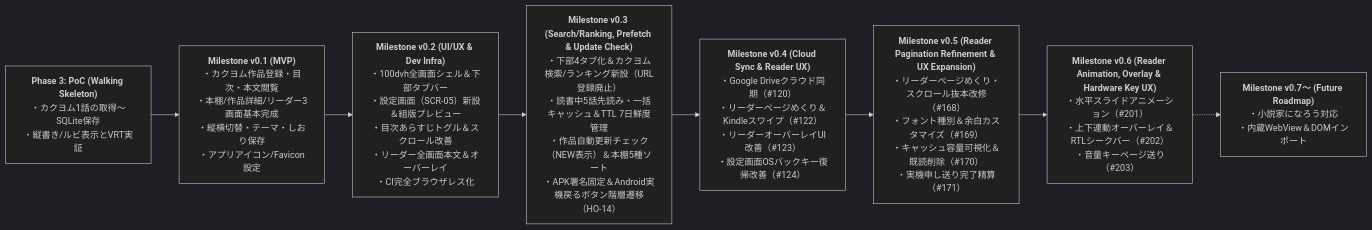
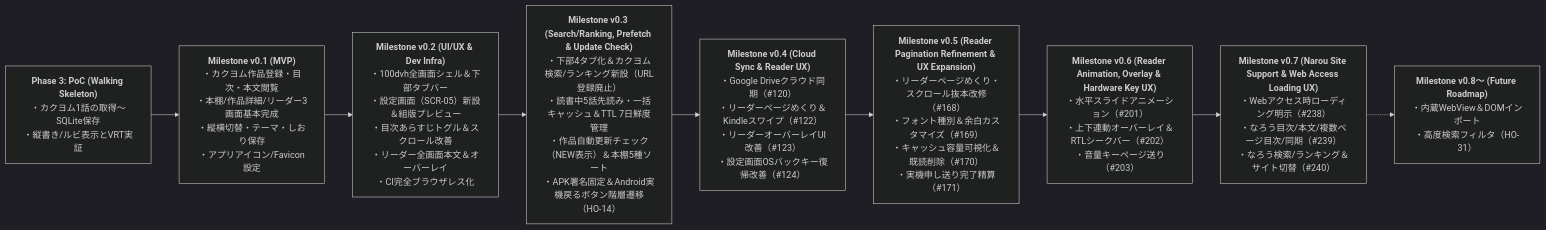
The diagram in docs/specs/requirements.md (high-soar/Yommy), drawn with Mermaid (dark theme) before and after one commit. The commit also changed other lines of this file and 8 other files, not shown here.

````diff
--- a/docs/specs/requirements.md
+++ b/docs/specs/requirements.md
@@ -182,13 +186,14 @@
 ```mermaid
 flowchart LR
     PoC["<b>Phase 3: PoC (Walking Skeleton)</b><br>・カクヨム1話の取得〜SQLite保存<br>・縦書き/ルビ表示とVRT実証"]
     M1["<b>Milestone v0.1 (MVP)</b><br>・カクヨム作品登録・目次・本文閲覧<br>・本棚/作品詳細/リーダー3画面基本完成<br>・縦横切替・テーマ・しおり保存<br>・アプリアイコン/Favicon設定"]
     M2["<b>Milestone v0.2 (UI/UX & Dev Infra)</b><br>・100dvh全画面シェル＆下部タブバー<br>・設定画面（SCR-05）新設＆組版プレビュー<br>・目次あらすじトグル＆スクロール改善<br>・リーダー全画面本文＆オーバーレイ<br>・CI完全ブラウザレス化"]
     M3["<b>Milestone v0.3 (Search/Ranking, Prefetch & Update Check)</b><br>・下部4タブ化＆カクヨム検索/ランキング新設（URL登録廃止）<br>・読書中5話先読み・一括キャッシュ＆TTL 7日鮮度管理<br>・作品自動更新チェック（NEW表示）＆本棚5種ソート<br>・APK署名固定＆Android実機戻るボタン階層遷移（HO-14）"]
     M4["<b>Milestone v0.4 (Cloud Sync & Reader UX)</b><br>・Google Driveクラウド同期（#120）<br>・リーダーページめくり＆Kindleスワイプ（#122）<br>・リーダーオーバーレイUI改善（#123）<br>・設定画面OSバックキー復帰改善（#124）"]
     M5["<b>Milestone v0.5 (Reader Pagination Refinement & UX Expansion)</b><br>・リーダーページめくり・スクロール抜本改修（#168）<br>・フォント種別＆余白カスタマイズ（#169）<br>・キャッシュ容量可視化＆既読削除（#170）<br>・実機申し送り完了精算（#171）"]
     M6["<b>Milestone v0.6 (Reader Animation, Overlay & Hardware Key UX)</b><br>・水平スライドアニメーション（#201）<br>・上下連動オーバーレイ＆RTLシークバー（#202）<br>・音量キーページ送り（#203）"]
-    M7["<b>Milestone v0.7〜 (Future Roadmap)</b><br>・小説家になろう対応<br>・内蔵WebView＆DOMインポート"]
+    M7["<b>Milestone v0.7 (Narou Site Support & Web Access Loading UX)</b><br>・Webアクセス時ローディング明示（#238）<br>・なろう目次/本文/複数ページ目次/同期（#239）<br>・なろう検索/ランキング＆サイト切替（#240）"]
+    M8["<b>Milestone v0.8〜 (Future Roadmap)</b><br>・内蔵WebView＆DOMインポート<br>・高度検索フィルタ（HO-31）"]
 
-    PoC --> M1 --> M2 --> M3 --> M4 --> M5 --> M6 -.-> M7
+    PoC --> M1 --> M2 --> M3 --> M4 --> M5 --> M6 --> M7 -.-> M8
 ```
````
